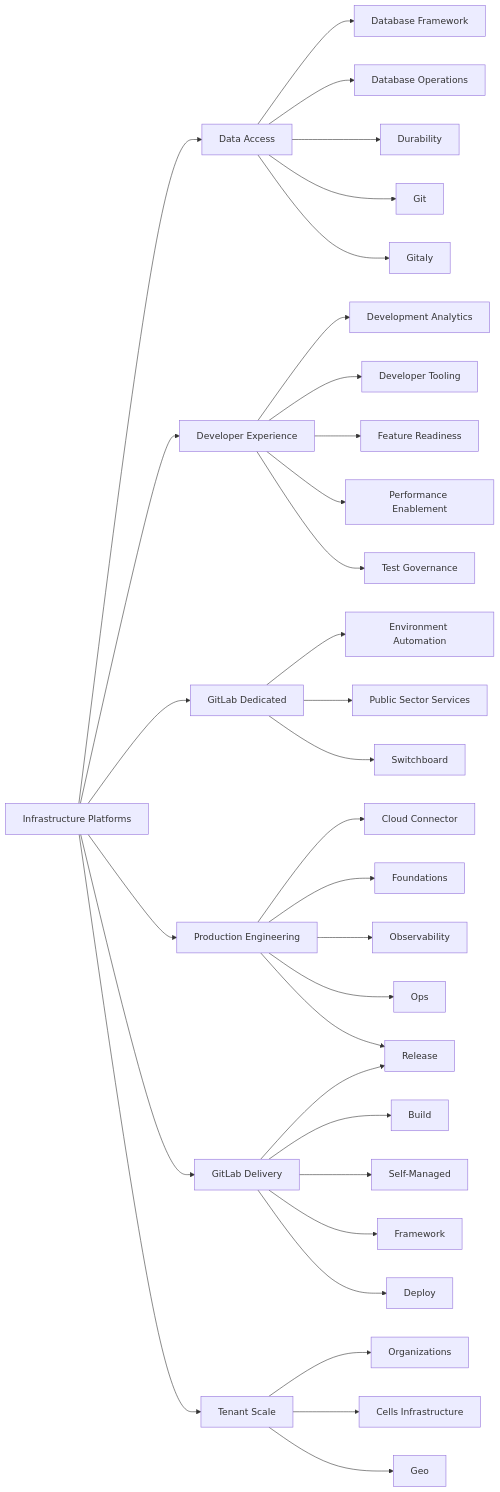
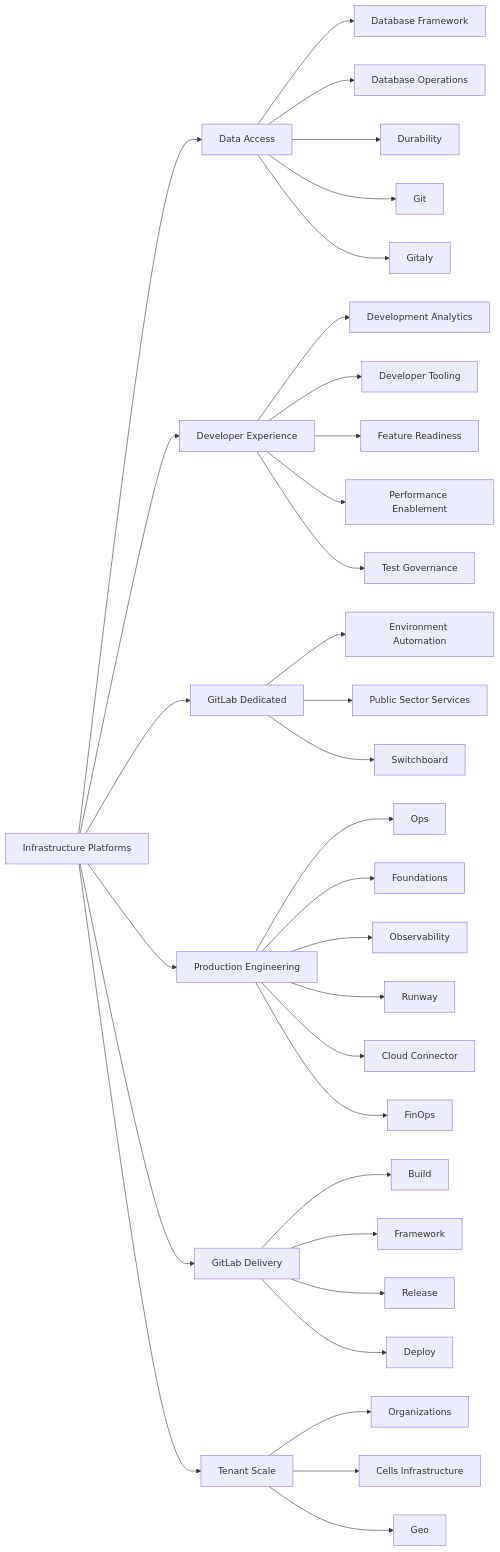
One commit to zalyoung/gitlab-handbook changed the diagram in content/handbook/engineering/infrastructure-platforms/_index.md. Above: the diagram before and after it, drawn with Mermaid. The commit also changed other lines of this file and 1 other file, not shown here.

Commit message:
Update Infrastructure Handbook to represent Production Engineering group

````diff
--- a/content/handbook/engineering/infrastructure-platforms/_index.md
+++ b/content/handbook/engineering/infrastructure-platforms/_index.md
@@ -30,76 +30,78 @@
 ```mermaid
 flowchart LR
     I[Infrastructure Platforms]
     click I "/handbook/engineering/infrastructure-platforms/"
 
     I --> DA[Data Access]
     click DA "/handbook/engineering/infrastructure-platforms/data-access/"
     I --> DE[Developer Experience]
     click DE "/handbook/engineering/infrastructure-platforms/developer-experience/"
+
     I --> GD[GitLab Dedicated]
     click GD "/handbook/engineering/infrastructure/team/gitlab-dedicated/"
-    I --> PE[Production Engineering]
-    click PE "/handbook/engineering/infrastructure/team/production-engineering/"
+    I --> PRODENG[Production Engineering]
+    click PRODEND "/handbook/engineering/infrastructure/team/production-engineering/"
     I --> SD[GitLab Delivery]
     click SD "/handbook/engineering/infrastructure-platforms/gitlab-delivery/"
     I --> TS[Tenant Scale]
     click TS "/handbook/engineering/infrastructure-platforms/tenant-scale/"
 
     DA --> DF[Database Framework]
     click DF "/handbook/engineering/infrastructure-platforms/data-access/database-framework/"
     DA --> DO[Database Operations]
     click DO "/handbook/engineering/infrastructure-platforms/data-access/database-operations/"
     DA --> Durability
     click Durability "/handbook/engineering/infrastructure-platforms/data-access/durability/"
     DA --> Git
     click Git "/handbook/engineering/infrastructure-platforms/data-access/git/"
     DA --> Gitaly
     click Gitaly "/handbook/engineering/infrastructure-platforms/data-access/gitaly/"
+    
+    PRODENG --> Ops
+    click Ops "/handbook/engineering/infrastructure/team/ops/"
+    PRODENG --> Foundations
+    click Foundations "/handbook/engineering/infrastructure/team/foundations/"
+    PRODENG --> Observability
+    click Observability "/handbook/engineering/infrastructure/team/observability/"
+    PRODENG --> Runway
+    click Runway "/handbook/engineering/infrastructure/team/runway/"
+    PRODENG --> CC[Cloud Connector]
+    click CC "/handbook/engineering/infrastructure/team/cloud-connector/"
+    PRODENG --> FO[FinOps]
+    click CC "/handbook/engineering/infrastructure/team/finops/"
 
     DE --> DevA[Development Analytics]
     click DevA "/handbook/engineering/infrastructure-platforms/developer-experience/development-analytics/"
+
     DE --> DT[Developer Tooling]
     click DT "/handbook/engineering/infrastructure-platforms/developer-experience/developer-tooling/"
     DE --> FR[Feature Readiness]
     click FR "/handbook/engineering/infrastructure-platforms/developer-experience/feature-readiness/"
     DE --> PER[Performance Enablement]
     click PER "/handbook/engineering/infrastructure-platforms/developer-experience/performance-enablement/"
     DE --> TG[Test Governance]
     click TG "/handbook/engineering/infrastructure-platforms/developer-experience/test-governance/"
 
     GD --> E[Environment Automation]
     click E "/handbook/engineering/infrastructure/team/gitlab-dedicated/environment-automation/"
     GD --> PSS[Public Sector Services]
     click PSS "/handbook/engineering/infrastructure/team/gitlab-dedicated/us-public-sector-services/"
     GD --> Switchboard
     click Switchboard "/handbook/engineering/infrastructure/team/gitlab-dedicated/switchboard/"
 
-    PE --> CC[Cloud Connector]
-    click CC "/handbook/engineering/infrastructure/core-platform/data_stores/cloud-connector/"
-    PE --> Foundations
-    click Foundations "/handbook/engineering/infrastructure/team/foundations/"
-    PE --> O[Observability]
-    click O "/handbook/engineering/infrastructure/team/scalability/observability/"
-    PE --> Ops
-    click Ops "/handbook/engineering/infrastructure/team/ops/"
-    PE --> R[Runway]
-    click R "/handbook/engineering/infrastructure/team/runway/"
-
     SD --> B[Build]
     click B "/handbook/engineering/infrastructure/core-platform/systems/distribution/"
-    SD --> SM[Self-Managed]
-    click SM "/handbook/engineering/infrastructure/core-platform/systems/distribution/"
     SD --> Framework
     click Framework "/handbook/engineering/infrastructure-platforms/gitlab-delivery/framework/"
     SD --> R[Release]
     click R "/handbook/engineering/infrastructure-platforms/gitlab-delivery/delivery/"
     SD --> D[Deploy]
     click D "/handbook/engineering/infrastructure-platforms/gitlab-delivery/delivery/"
 
     TS --> Organizations
     click Organizations "/handbook/engineering/infrastructure-platforms/tenant-scale/organizations/"
     TS --> CI[Cells Infrastructure]
     click CI "/handbook/engineering/infrastructure-platforms/tenant-scale/cells-infrastructure/"
     TS --> Geo
     click Geo "/handbook/engineering/infrastructure-platforms/tenant-scale/geo/"
 ```
````
